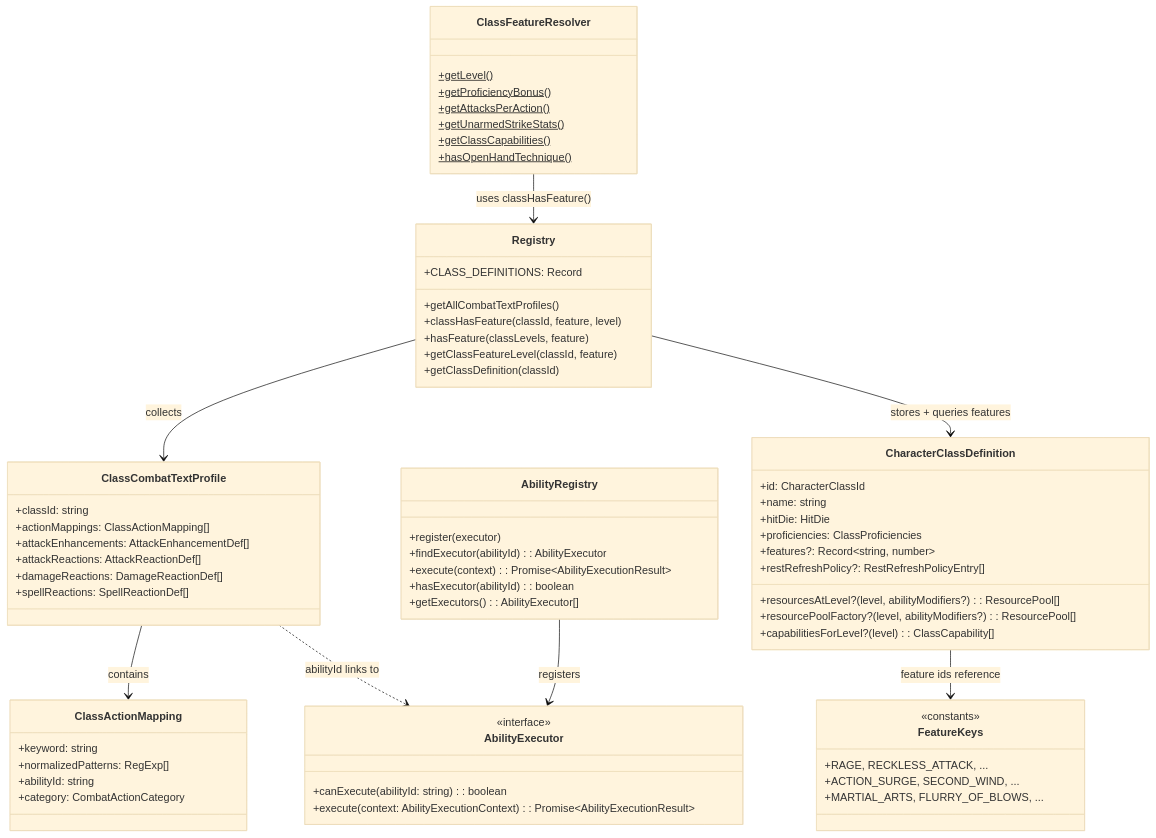
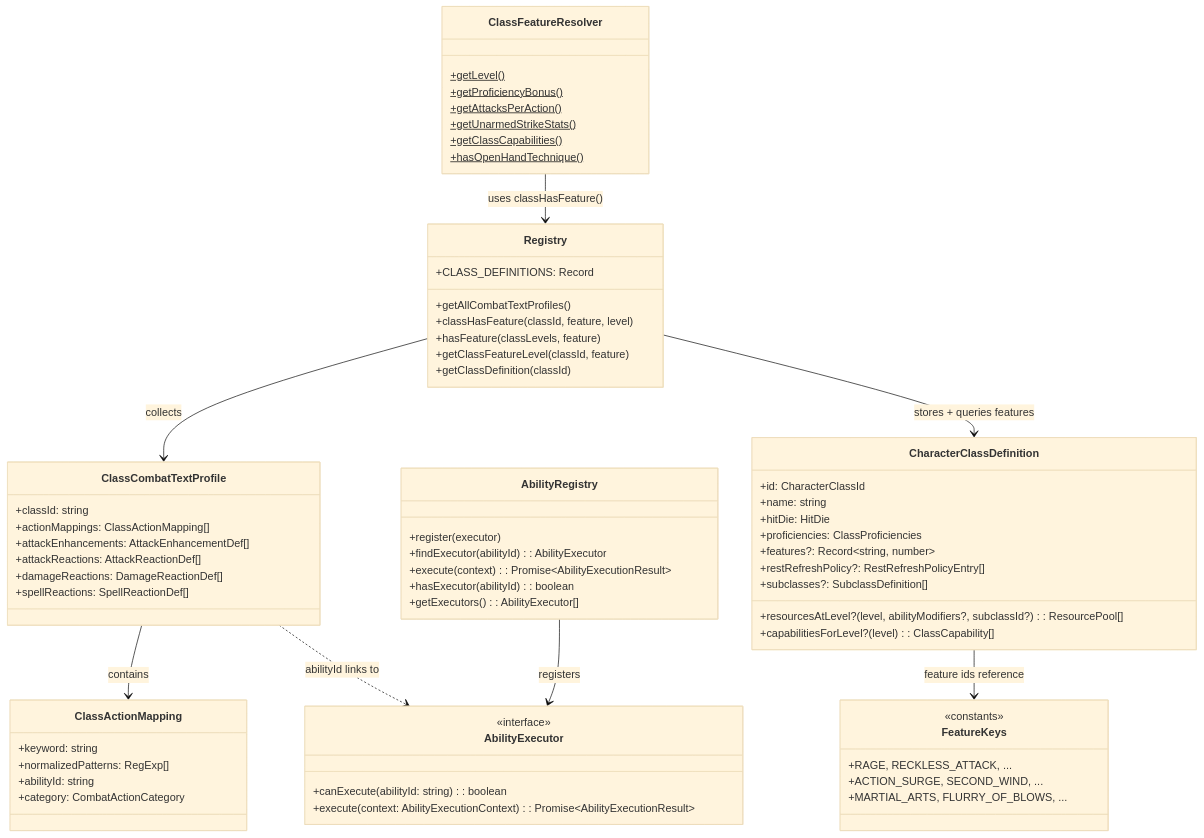
Before and after one commit to mweyamutsvene/DungeonMaster: the diagram in .github/instructions/class-abilities.instructions.md, drawn with Mermaid (base theme). The commit also changed other lines of this file and 22 other files, not shown here.

Commit message:
docs: refresh flow instructions and CLAUDE guides

````diff
--- a/.github/instructions/class-abilities.instructions.md
+++ b/.github/instructions/class-abilities.instructions.md
@@ -13,70 +15,70 @@
 ```mermaid
 classDiagram
     class ClassCombatTextProfile {
         +classId: string
         +actionMappings: ClassActionMapping[]
         +attackEnhancements: AttackEnhancementDef[]
         +attackReactions: AttackReactionDef[]
         +damageReactions: DamageReactionDef[]
         +spellReactions: SpellReactionDef[]
     }
     class ClassActionMapping {
         +keyword: string
         +normalizedPatterns: RegExp[]
         +abilityId: string
         +category: CombatActionCategory
     }
     class AbilityExecutor {
         <<interface>>
         +canExecute(abilityId: string): boolean
         +execute(context: AbilityExecutionContext): Promise~AbilityExecutionResult~
     }
     class AbilityRegistry {
         +register(executor)
         +findExecutor(abilityId): AbilityExecutor
         +execute(context): Promise~AbilityExecutionResult~
         +hasExecutor(abilityId): boolean
         +getExecutors(): AbilityExecutor[]
     }
     class CharacterClassDefinition {
         +id: CharacterClassId
         +name: string
         +hitDie: HitDie
         +proficiencies: ClassProficiencies
         +features?: Record~string, number~
-        +resourcesAtLevel?(level, abilityModifiers?): ResourcePool[]
-        +resourcePoolFactory?(level, abilityModifiers?): ResourcePool[]
+        +resourcesAtLevel?(level, abilityModifiers?, subclassId?): ResourcePool[]
         +restRefreshPolicy?: RestRefreshPolicyEntry[]
         +capabilitiesForLevel?(level): ClassCapability[]
+        +subclasses?: SubclassDefinition[]
     }
     class Registry {
         +CLASS_DEFINITIONS: Record
         +getAllCombatTextProfiles()
         +classHasFeature(classId, feature, level)
         +hasFeature(classLevels, feature)
         +getClassFeatureLevel(classId, feature)
         +getClassDefinition(classId)
     }
     class FeatureKeys {
         <<constants>>
         +RAGE, RECKLESS_ATTACK, ...
         +ACTION_SURGE, SECOND_WIND, ...
         +MARTIAL_ARTS, FLURRY_OF_BLOWS, ...
     }
     class ClassFeatureResolver {
         +getLevel()$
         +getProficiencyBonus()$
         +getAttacksPerAction()$
         +getUnarmedStrikeStats()$
         +getClassCapabilities()$
         +hasOpenHandTechnique()$
     }
 
     Registry --> ClassCombatTextProfile : collects
     Registry --> CharacterClassDefinition : stores + queries features
     CharacterClassDefinition --> FeatureKeys : feature ids reference
     ClassCombatTextProfile --> ClassActionMapping : contains
     AbilityRegistry --> AbilityExecutor : registers
     ClassCombatTextProfile ..> AbilityExecutor : abilityId links to
     ClassFeatureResolver --> Registry : uses classHasFeature()
 ```
````
